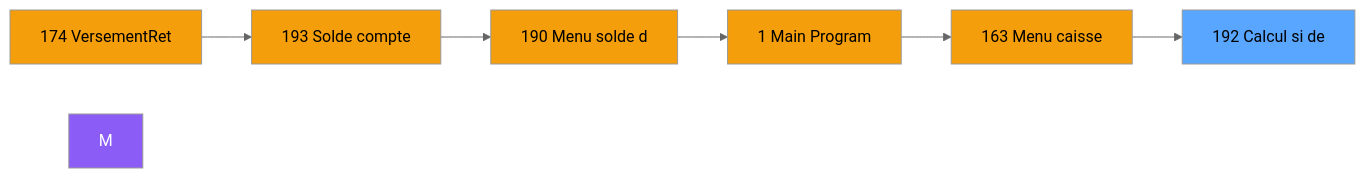
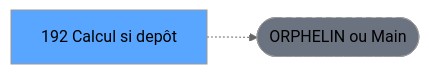
Before and after one commit to thonyAGP/lecteur-magic: the second of 3 diagrams in .openspec/renders/ADH-IDE-192.md, drawn with Mermaid (neutral theme). The commit also changed other lines of this file and 701 other files, not shown here.

````diff
--- a/.openspec/renders/ADH-IDE-192.md
+++ b/.openspec/renders/ADH-IDE-192.md
@@ -112,21 +119,8 @@
 ```mermaid
 graph LR
-    N174[174 VersementRet]
-    N193[193 Solde compte]
-    N190[190 Menu solde d]
-    N1[1 Main Program]
-    N163[163 Menu caisse ]
-    T[192 Calcul si de]
-    N174 --> N193
-    N193 --> N190
-    N190 --> N1
-    N1 --> N163
-    N163 --> T
-    style M fill:#8b5cf6,color:#fff
-    style N174 fill:#f59e0b
-    style N193 fill:#f59e0b
-    style N190 fill:#f59e0b
-    style N1 fill:#f59e0b
-    style N163 fill:#f59e0b
+    T[192 Calcul si depôt]
+    ORPHAN([ORPHELIN ou Main])
+    T -.-> ORPHAN
     style T fill:#58a6ff,color:#000
+    style ORPHAN fill:#6b7280,stroke-dasharray: 5 5
 ```
````
